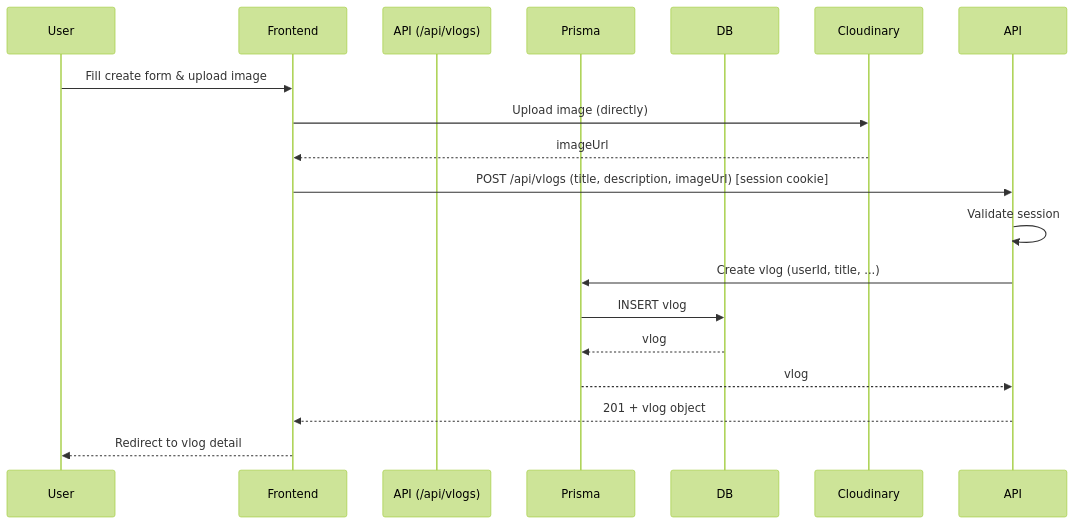
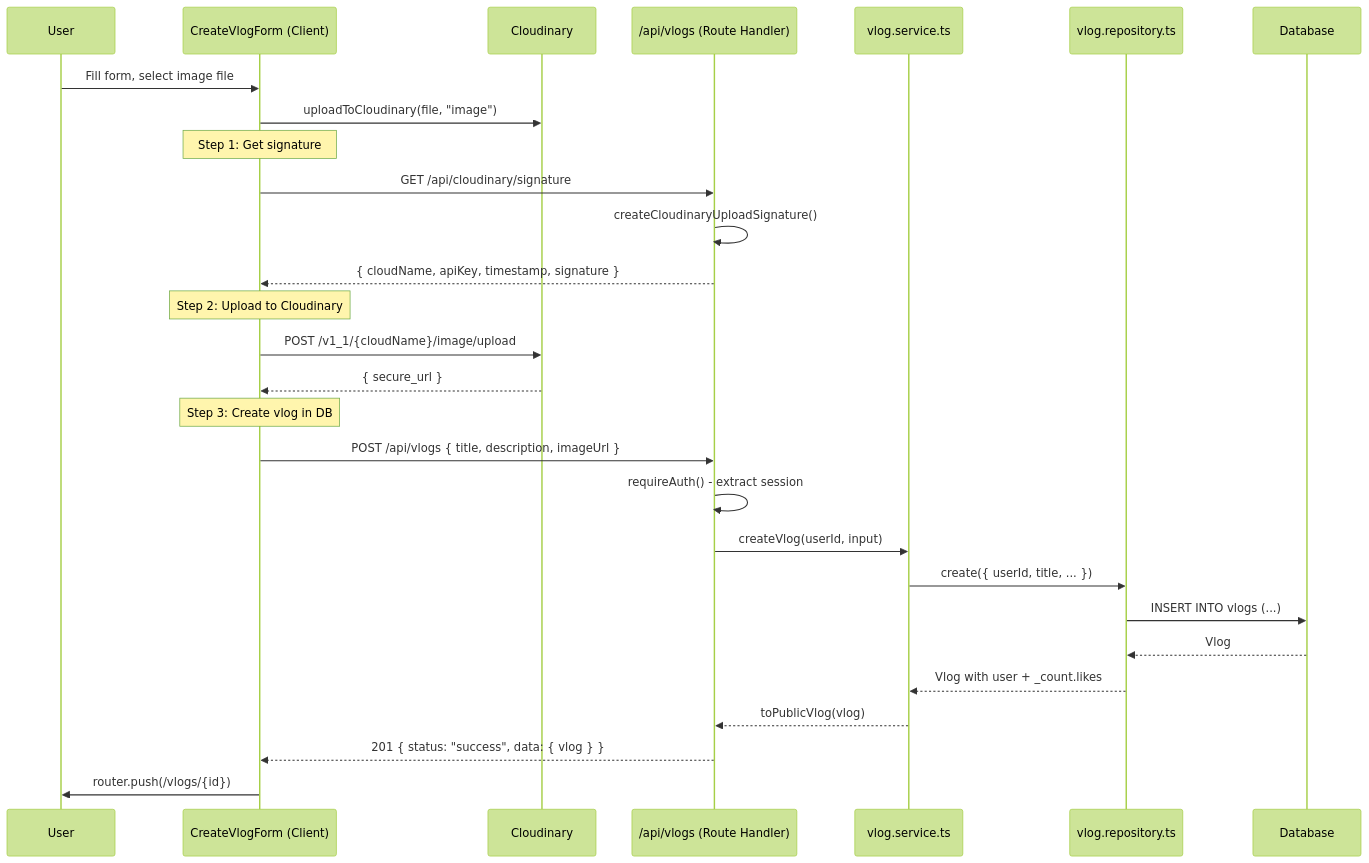
The sixth of 11 diagrams in docs/Architecture.md (Sahas2711/Snapora), drawn with Mermaid (forest theme) before and after one commit. The commit also changed other lines of this file and 14 other files, not shown here.

````diff
--- a/docs/Architecture.md
+++ b/docs/Architecture.md
@@ -77,21 +480,35 @@
 ```mermaid
 sequenceDiagram
-    participant User
-    participant Frontend
-    participant API (/api/vlogs)
-    participant Prisma
-    participant DB
-    participant Cloudinary
-
-    User->>Frontend: Fill create form & upload image
-    Frontend->>Cloudinary: Upload image (directly)
-    Cloudinary-->>Frontend: imageUrl
-    Frontend->>API: POST /api/vlogs (title, description, imageUrl) [session cookie]
-    API->>API: Validate session
-    API->>Prisma: Create vlog (userId, title, ...)
-    Prisma->>DB: INSERT vlog
-    DB-->>Prisma: vlog
-    Prisma-->>API: vlog
-    API-->>Frontend: 201 + vlog object
-    Frontend-->>User: Redirect to vlog detail
+    participant U as User
+    participant F as CreateVlogForm (Client)
+    participant CD as Cloudinary
+    participant API as /api/vlogs (Route Handler)
+    participant VS as vlog.service.ts
+    participant VR as vlog.repository.ts
+    participant DB as Database
+    
+    U->>F: Fill form, select image file
+    F->>CD: uploadToCloudinary(file, "image")
+    
+    Note over F: Step 1: Get signature
+    F->>API: GET /api/cloudinary/signature
+    API->>API: createCloudinaryUploadSignature()
+    API-->>F: { cloudName, apiKey, timestamp, signature }
+    
+    Note over F: Step 2: Upload to Cloudinary
+    F->>CD: POST /v1_1/{cloudName}/image/upload
+    CD-->>F: { secure_url }
+    
+    Note over F: Step 3: Create vlog in DB
+    F->>API: POST /api/vlogs { title, description, imageUrl }
+    API->>API: requireAuth() - extract session
+    API->>VS: createVlog(userId, input)
+    VS->>VR: create({ userId, title, ... })
+    VR->>DB: INSERT INTO vlogs (...)
+    DB-->>VR: Vlog
+    VR-->>VS: Vlog with user + _count.likes
+    VS-->>API: toPublicVlog(vlog)
+    
+    API-->>F: 201 { status: "success", data: { vlog } }
+    F->>U: router.push(/vlogs/{id})
 ```
````
